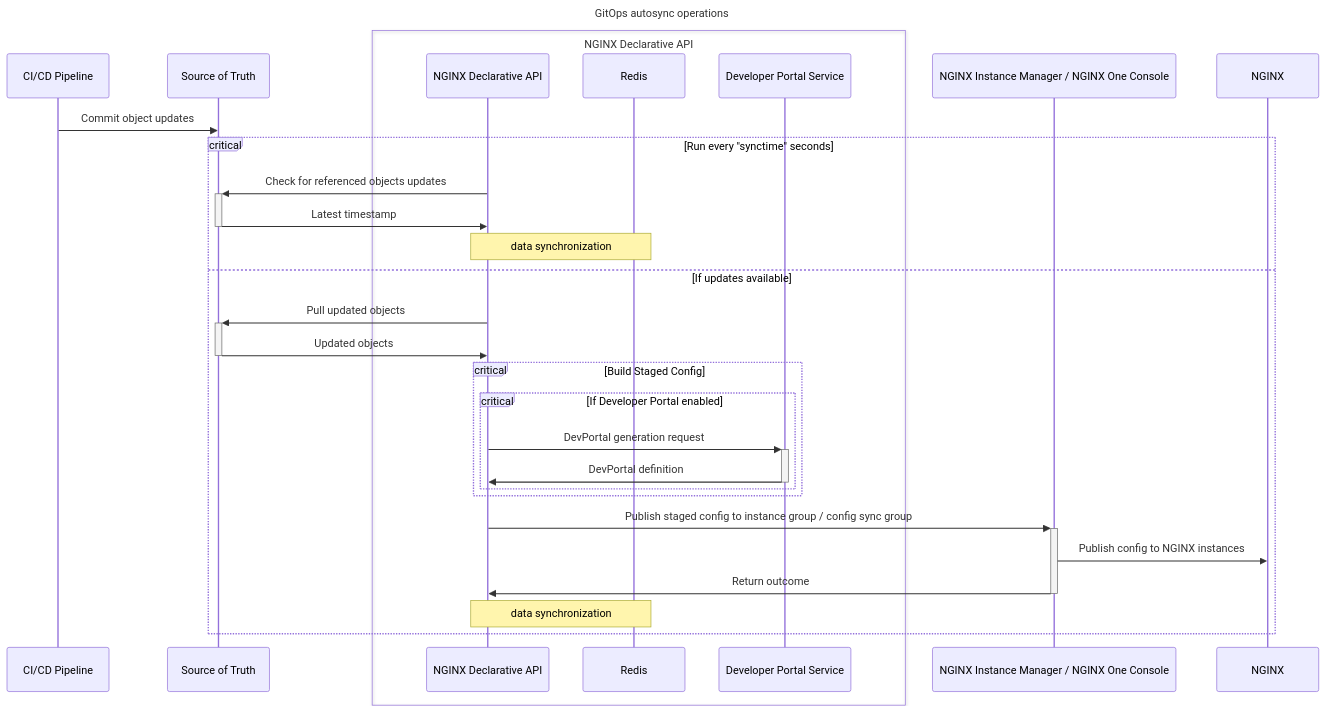
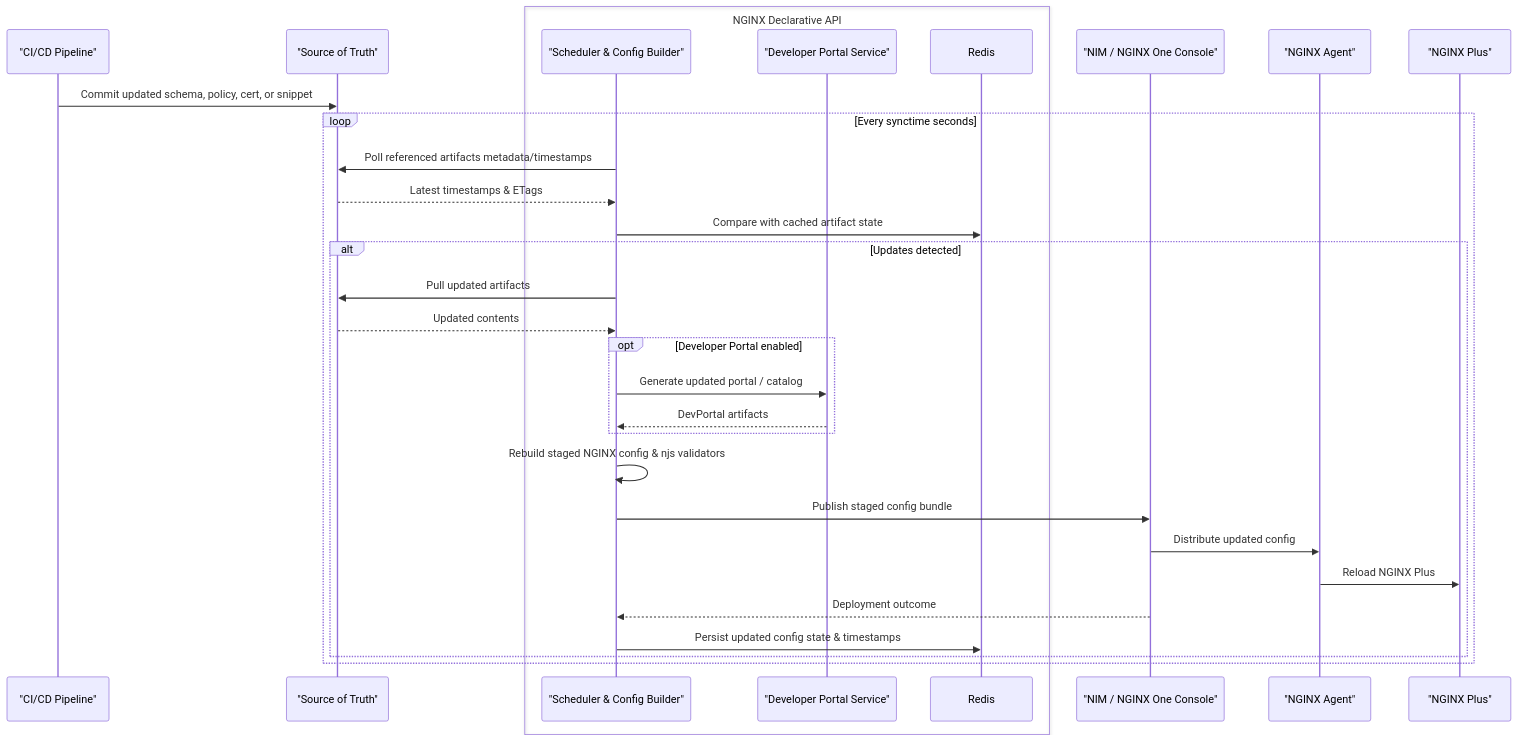
One commit to f5devcentral/NGINX-Declarative-API changed the fourth of 5 diagrams in ARCHITECTURE.md. Above: the diagram before and after it, drawn with Mermaid. The commit also changed other lines of this file and 14 other files, not shown here.

````diff
--- a/ARCHITECTURE.md
+++ b/ARCHITECTURE.md
@@ -74,47 +153,40 @@
 ```mermaid
 sequenceDiagram
+    participant CICD as "CI/CD Pipeline"
+    participant SOT as "Source of Truth"
 
-title GitOps autosync operations
+    box NGINX Declarative API
+        participant NDAPI as "Scheduler & Config Builder"
+        participant DevP as "Developer Portal Service"
+        participant Redis
+    end
 
-participant CI/CD Pipeline
-participant Source of Truth
-participant NGINX Declarative API
-participant Redis
-participant Developer Portal Service
-participant NGINX Instance Manager / NGINX One Console
-participant NGINX
+    participant CP as "NIM / NGINX One Console"
+    participant Agent as "NGINX Agent"
+    participant NGINX as "NGINX Plus"
 
-box NGINX Declarative API
-    participant NGINX Declarative API
-    participant Developer Portal Service
-    participant Redis
-end
+    CICD ->> SOT: Commit updated schema, policy, cert, or snippet
 
-CI/CD Pipeline ->> Source of Truth: Commit object updates
+    loop Every synctime seconds
+        NDAPI ->> SOT: Poll referenced artifacts metadata/timestamps
+        SOT -->> NDAPI: Latest timestamps & ETags
+        NDAPI ->> Redis: Compare with cached artifact state
 
-critical Run every "synctime" seconds
+        alt Updates detected
+            NDAPI ->> SOT: Pull updated artifacts
+            SOT -->> NDAPI: Updated contents
 
-NGINX Declarative API ->>+ Source of Truth: Check for referenced objects updates
-Source of Truth ->>- NGINX Declarative API: Latest timestamp
+            opt Developer Portal enabled
+                NDAPI ->> DevP: Generate updated portal / catalog
+                DevP -->> NDAPI: DevPortal artifacts
+            end
 
-Note over NGINX Declarative API, Redis: data synchronization
-
-option If updates available
-NGINX Declarative API ->>+ Source of Truth: Pull updated objects
-Source of Truth ->>- NGINX Declarative API: Updated objects
-
-critical Build Staged Config
-critical If Developer Portal enabled
-    NGINX Declarative API ->>+ Developer Portal Service: DevPortal generation request
-    Developer Portal Service ->>- NGINX Declarative API: DevPortal definition
-end
-end
-
-NGINX Declarative API ->>+ NGINX Instance Manager / NGINX One Console: Publish staged config to instance group / config sync group
-NGINX Instance Manager / NGINX One Console ->> NGINX: Publish config to NGINX instances
-NGINX Instance Manager / NGINX One Console ->>- NGINX Declarative API: Return outcome
-
-Note over NGINX Declarative API, Redis: data synchronization
-
-end
+            NDAPI ->> NDAPI: Rebuild staged NGINX config & njs validators
+            NDAPI ->> CP: Publish staged config bundle
+            CP ->> Agent: Distribute updated config
+            Agent ->> NGINX: Reload NGINX Plus
+            CP -->> NDAPI: Deployment outcome
+            NDAPI ->> Redis: Persist updated config state & timestamps
+        end
+    end
 ```
````
